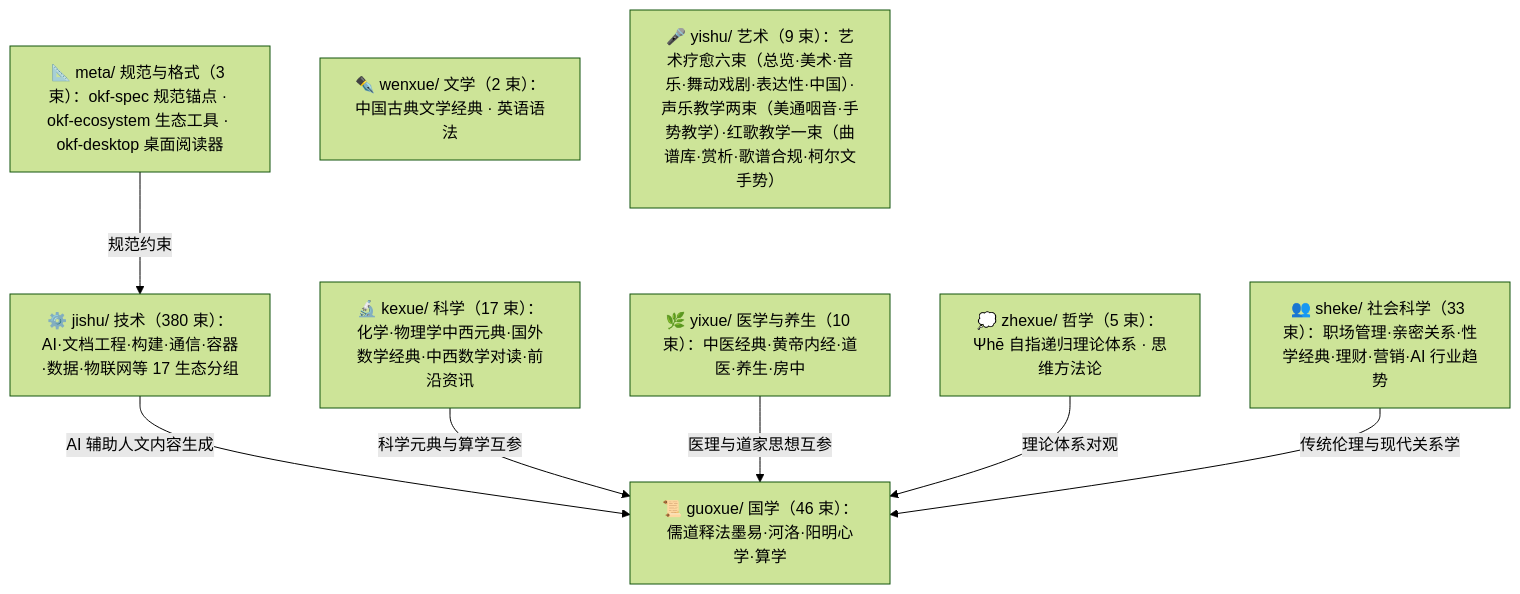
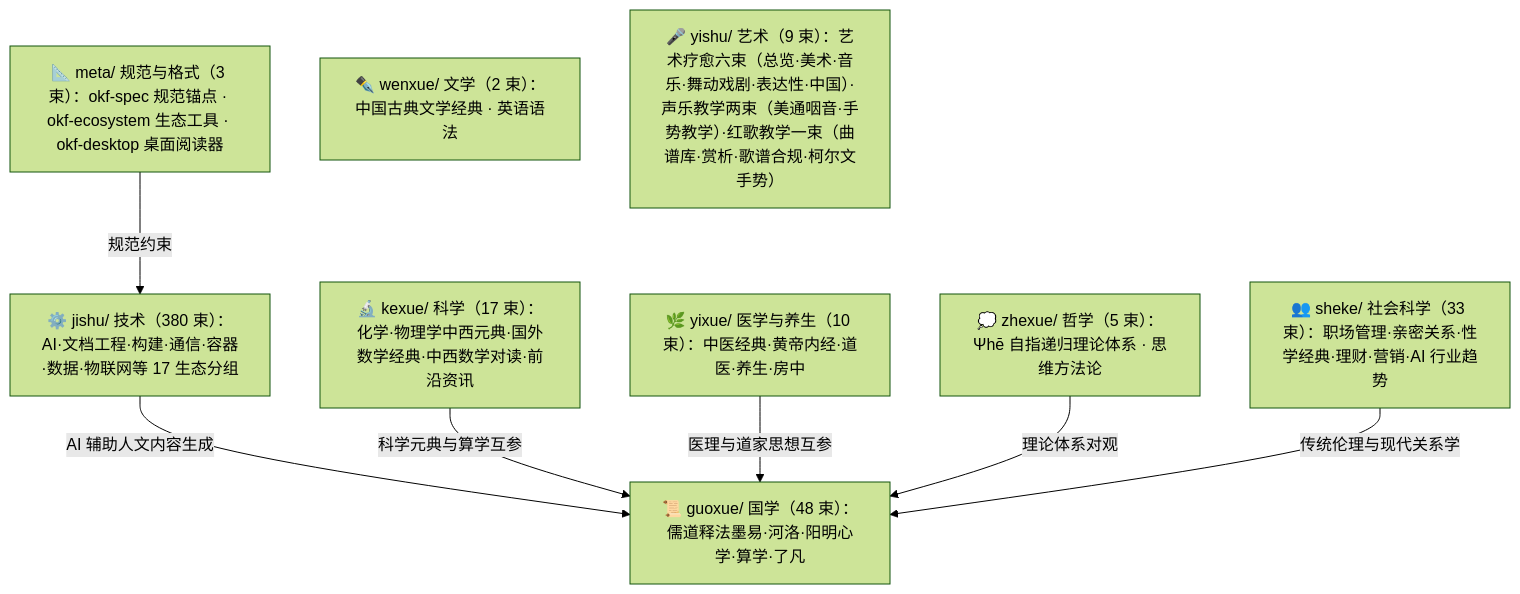
One commit to awesome-flexloop/awesome-okf changed the diagram in doc/bundles/index.md. Above: the diagram before and after it, drawn with Mermaid (forest theme). The commit also changed other lines of this file and 3 other files, not shown here.

````diff
--- a/doc/bundles/index.md
+++ b/doc/bundles/index.md
@@ -21,18 +21,18 @@
 ```mermaid
 flowchart TD
     meta["📐 meta/ 规范与格式（3 束）：okf-spec 规范锚点 · okf-ecosystem 生态工具 · okf-desktop 桌面阅读器"]
-    guoxue["📜 guoxue/ 国学（46 束）：儒道释法墨易·河洛·阳明心学·算学"]
+    guoxue["📜 guoxue/ 国学（48 束）：儒道释法墨易·河洛·阳明心学·算学·了凡"]
     zhexue["💭 zhexue/ 哲学（5 束）：Ψhē 自指递归理论体系 · 思维方法论"]
     kexue["🔬 kexue/ 科学（17 束）：化学·物理学中西元典·国外数学经典·中西数学对读·前沿资讯"]
     wenxue["✒️ wenxue/ 文学（2 束）：中国古典文学经典 · 英语语法"]
     yixue["🌿 yixue/ 医学与养生（10 束）：中医经典·黄帝内经·道医·养生·房中"]
     sheke["👥 sheke/ 社会科学（33 束）：职场管理·亲密关系·性学经典·理财·营销·AI 行业趋势"]
     yishu["🎤 yishu/ 艺术（9 束）：艺术疗愈六束（总览·美术·音乐·舞动戏剧·表达性·中国）·声乐教学两束（美通咽音·手势教学）·红歌教学一束（曲谱库·赏析·歌谱合规·柯尔文手势）"]
     jishu["⚙️ jishu/ 技术（380 束）：AI·文档工程·构建·通信·容器·数据·物联网等 17 生态分组"]
     meta -->|"规范约束"| jishu
     jishu -->|"AI 辅助人文内容生成"| guoxue
     kexue -->|"科学元典与算学互参"| guoxue
     yixue -->|"医理与道家思想互参"| guoxue
     zhexue -->|"理论体系对观"| guoxue
     sheke -->|"传统伦理与现代关系学"| guoxue
 ```
````
